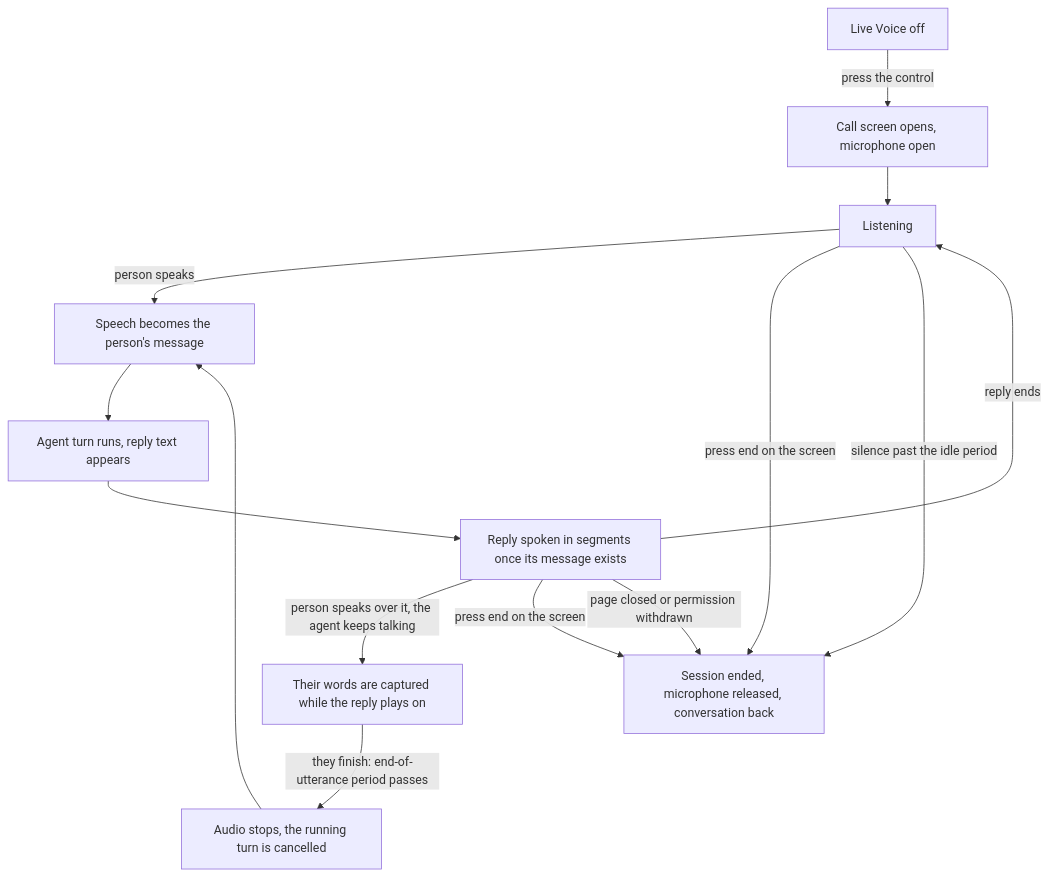
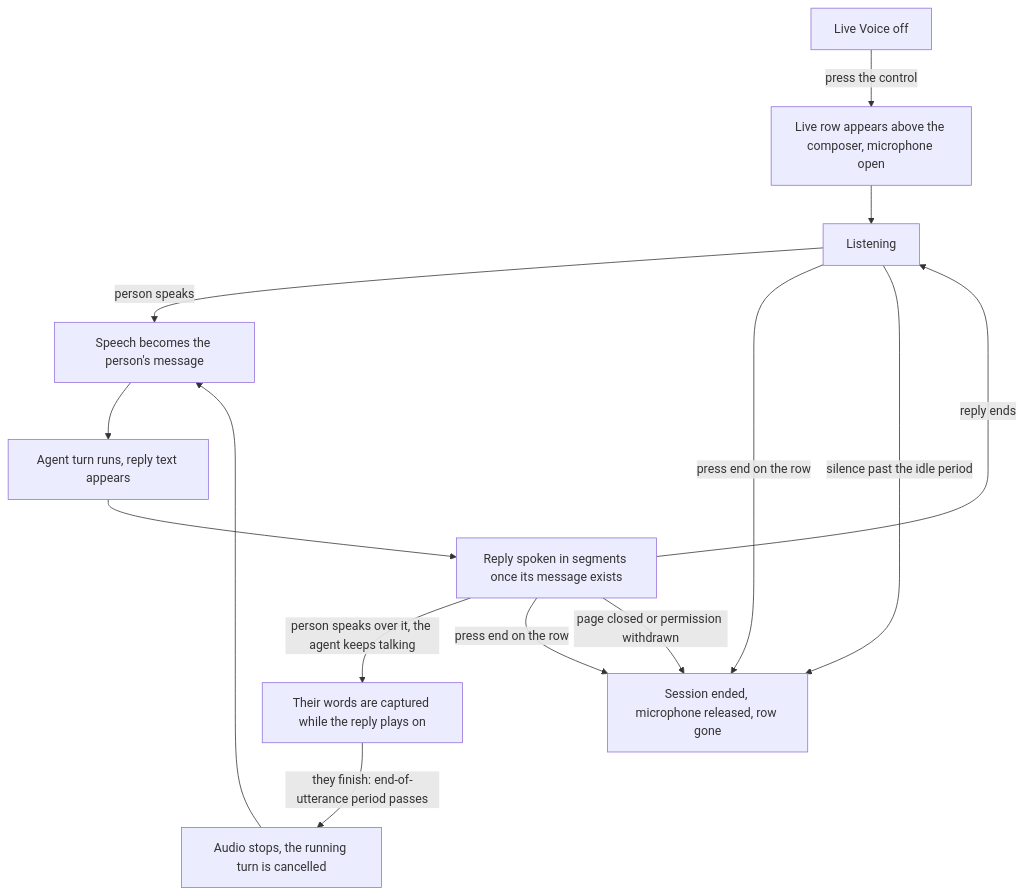
The diagram in specs/055-live-voice/spec.md (vizier-lab/vizier), drawn with Mermaid before and after one commit. The commit also changed other lines of this file and 4 other files, not shown here.

First line of the commit message:
docs(055): the call is one row, the old speech surfaces retire but not their code, and the audio path's transport is a question again

````diff
--- a/specs/055-live-voice/spec.md
+++ b/specs/055-live-voice/spec.md
@@ -224,16 +307,16 @@
 ```mermaid
 flowchart TD
-    off["Live Voice off"] -->|"press the control"| screen["Call screen opens, microphone open"]
-    screen --> listen["Listening"]
+    off["Live Voice off"] -->|"press the control"| row["Live row appears above the composer, microphone open"]
+    row --> listen["Listening"]
     listen -->|"person speaks"| transc["Speech becomes the person's message"]
     transc --> turn["Agent turn runs, reply text appears"]
     turn --> speak["Reply spoken in segments once its message exists"]
     speak -->|"reply ends"| listen
     speak -->|"person speaks over it, the agent keeps talking"| talkover["Their words are captured while the reply plays on"]
     talkover -->|"they finish: end-of-utterance period passes"| barge["Audio stops, the running turn is cancelled"]
     barge --> transc
-    listen -->|"press end on the screen"| ended["Session ended, microphone released, conversation back"]
-    speak -->|"press end on the screen"| ended
+    listen -->|"press end on the row"| ended["Session ended, microphone released, row gone"]
+    speak -->|"press end on the row"| ended
     listen -->|"silence past the idle period"| ended
     speak -->|"page closed or permission withdrawn"| ended
 ```
````
